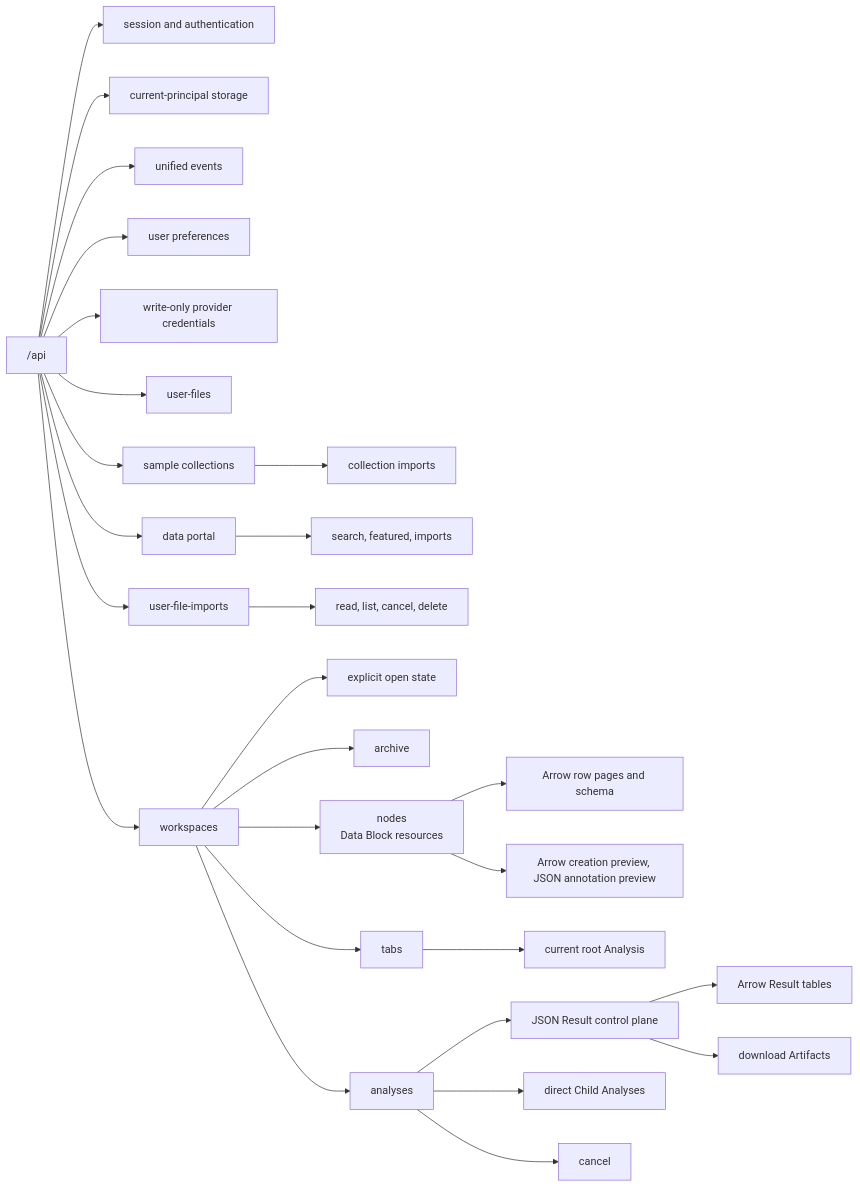
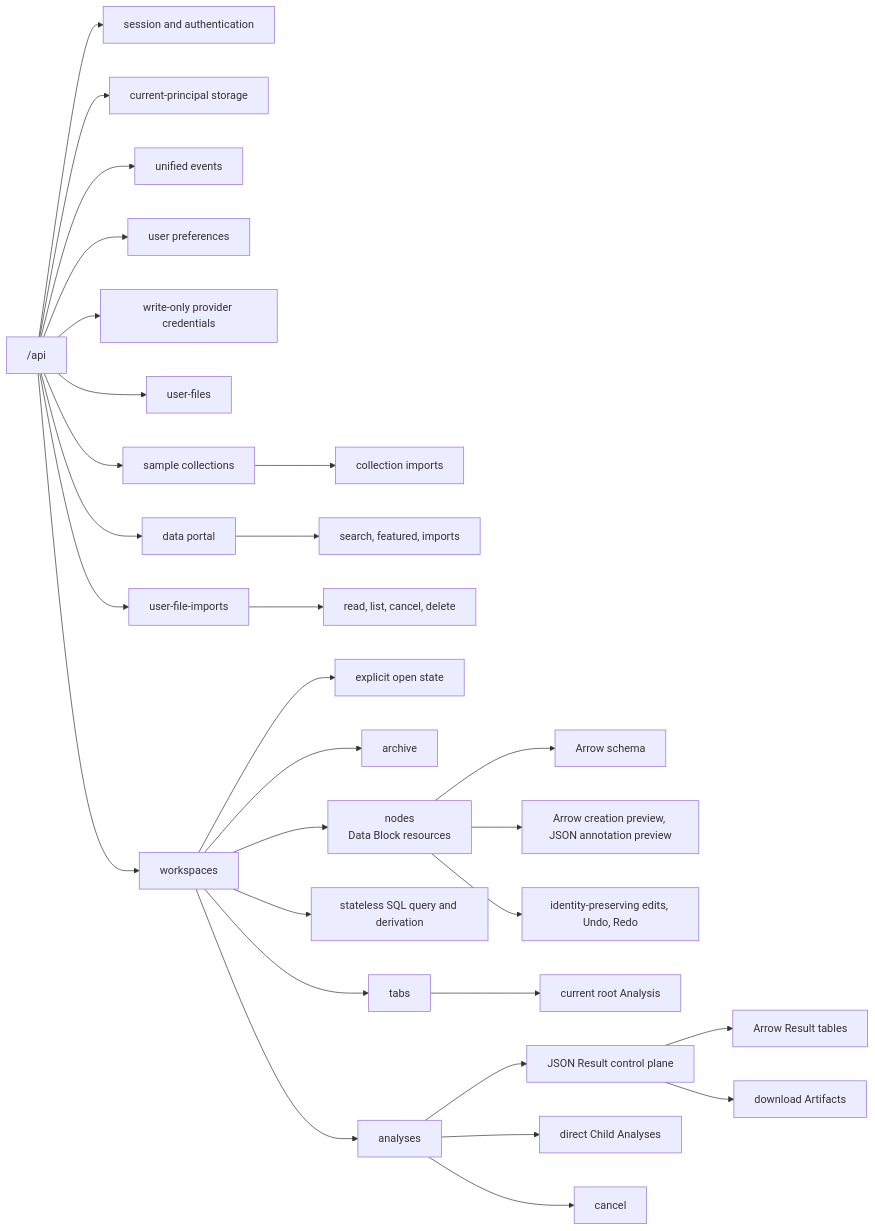
Before and after one commit to Australian-Text-Analytics-Platform/ldaca_web_app: the diagram in docs/architecture/backend/http-api.md, drawn with Mermaid. The commit also changed other lines of this file and 47 other files, not shown here.

````diff
--- a/docs/architecture/backend/http-api.md
+++ b/docs/architecture/backend/http-api.md
@@ -15,33 +15,35 @@
 ```mermaid
 flowchart LR
     API["/api"] --> SESSION["session and authentication"]
     API --> STORAGE["current-principal storage"]
     API --> EVENTS["unified events"]
     API --> PREFERENCES["user preferences"]
     API --> CREDENTIALS["write-only provider credentials"]
     API --> FILES["user-files"]
     API --> SAMPLES["sample collections"]
     API --> PORTAL["data portal"]
     API --> IMPORTS["user-file-imports"]
     API --> WORKSPACES["workspaces"]
 
     SAMPLES --> SAMPLE_IMPORT["collection imports"]
     PORTAL --> PORTAL_IMPORT["search, featured, imports"]
     IMPORTS --> IMPORT_CANCEL["read, list, cancel, delete"]
 
     WORKSPACES --> OPEN["explicit open state"]
     WORKSPACES --> ARCHIVE["archive"]
     WORKSPACES --> NODES["nodes<br/>Data Block resources"]
+    WORKSPACES --> SQL["stateless SQL query and derivation"]
     WORKSPACES --> TABS["tabs"]
     WORKSPACES --> ANALYSES["analyses"]
 
-    NODES --> ROWS["Arrow row pages and schema"]
+    NODES --> SCHEMA["Arrow schema"]
     NODES --> PREVIEWS["Arrow creation preview, JSON annotation preview"]
+    NODES --> EDITS["identity-preserving edits, Undo, Redo"]
 
     TABS --> CURRENT["current root Analysis"]
     ANALYSES --> RESULT["JSON Result control plane"]
     RESULT --> TABLES["Arrow Result tables"]
     RESULT --> ARTIFACTS["download Artifacts"]
     ANALYSES --> CHILDREN["direct Child Analyses"]
     ANALYSES --> CANCEL["cancel"]
 ```
````
